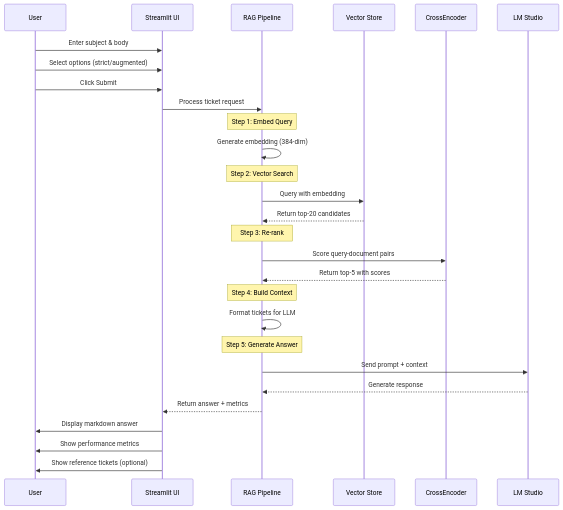
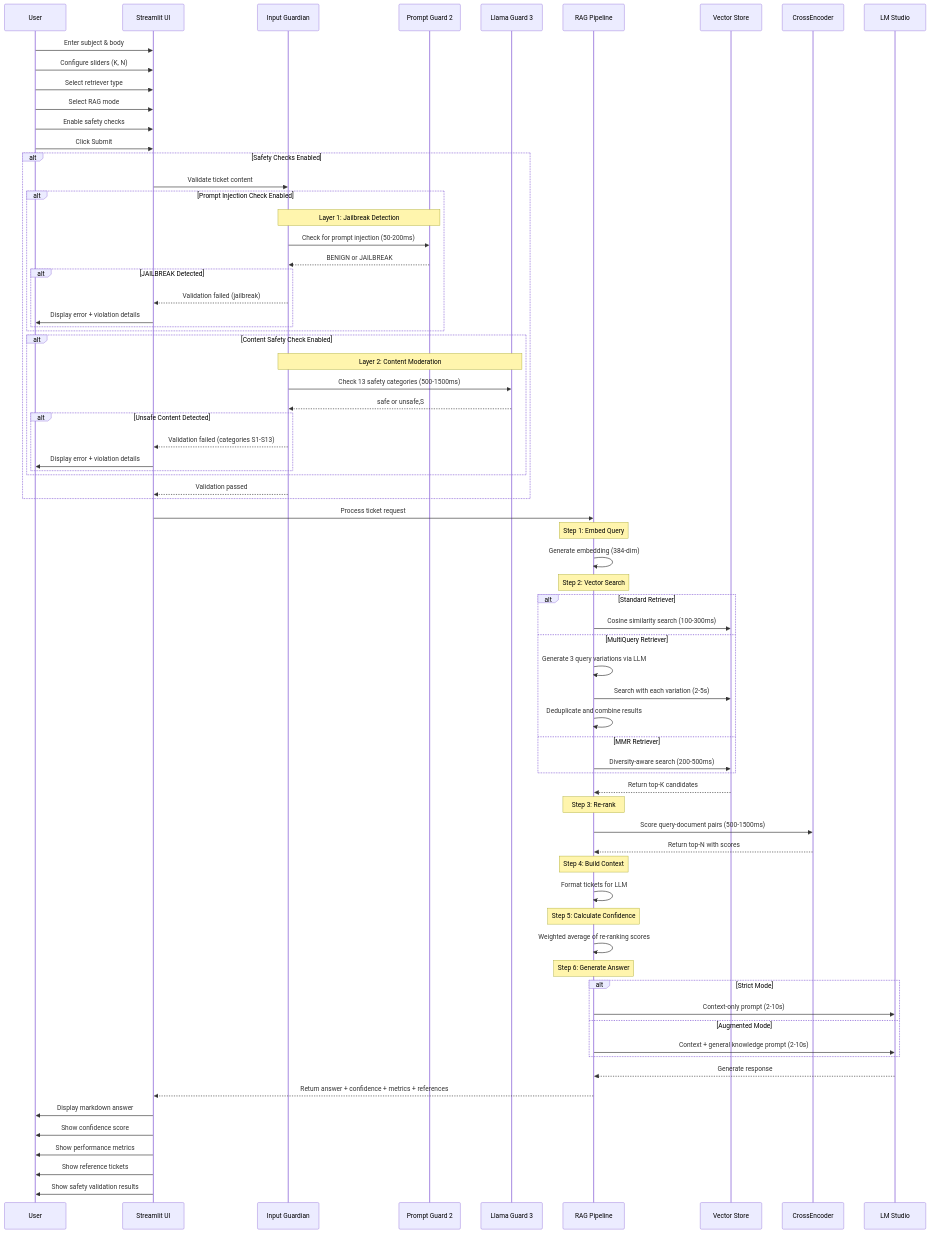
The second of 7 diagrams in Week07/ARCHITECTURE.md (tniccum21/LLM_Class), drawn with Mermaid before and after one commit. The commit also changed other lines of this file and 1 other file, not shown here.

First line of the commit message:
Fix Week07 Mermaid diagram syntax for v8.8.0 compatibility

````diff
--- a/Week07/ARCHITECTURE.md
+++ b/Week07/ARCHITECTURE.md
@@ -76,14 +117,48 @@
 sequenceDiagram
     participant User
     participant UI as Streamlit UI
+    participant Guardian as Input Guardian
+    participant PromptGuard as Prompt Guard 2
+    participant LlamaGuard as Llama Guard 3
     participant Pipeline as RAG Pipeline
     participant ChromaDB as Vector Store
     participant Reranker as CrossEncoder
     participant LLM as LM Studio
 
     User->>UI: Enter subject & body
-    User->>UI: Select options (strict/augmented)
+    User->>UI: Configure sliders (K, N)
+    User->>UI: Select retriever type
+    User->>UI: Select RAG mode
+    User->>UI: Enable safety checks
     User->>UI: Click Submit
+
+    alt Safety Checks Enabled
+        UI->>Guardian: Validate ticket content
+
+        alt Prompt Injection Check Enabled
+            Note over Guardian,PromptGuard: Layer 1: Jailbreak Detection
+            Guardian->>PromptGuard: Check for prompt injection (50-200ms)
+            PromptGuard-->>Guardian: BENIGN or JAILBREAK
+
+            alt JAILBREAK Detected
+                Guardian-->>UI: Validation failed (jailbreak)
+                UI->>User: Display error + violation details
+            end
+        end
+
+        alt Content Safety Check Enabled
+            Note over Guardian,LlamaGuard: Layer 2: Content Moderation
+            Guardian->>LlamaGuard: Check 13 safety categories (500-1500ms)
+            LlamaGuard-->>Guardian: safe or unsafe,S#,S#
+
+            alt Unsafe Content Detected
+                Guardian-->>UI: Validation failed (categories S1-S13)
+                UI->>User: Display error + violation details
+            end
+        end
+
+        Guardian-->>UI: Validation passed
+    end
 
     UI->>Pipeline: Process ticket request
 
@@ -91,23 +166,40 @@
     Pipeline->>Pipeline: Generate embedding (384-dim)
 
     Note over Pipeline: Step 2: Vector Search
-    Pipeline->>ChromaDB: Query with embedding
-    ChromaDB-->>Pipeline: Return top-20 candidates
+    alt Standard Retriever
+        Pipeline->>ChromaDB: Cosine similarity search (100-300ms)
+    else MultiQuery Retriever
+        Pipeline->>Pipeline: Generate 3 query variations via LLM
+        Pipeline->>ChromaDB: Search with each variation (2-5s)
+        Pipeline->>Pipeline: Deduplicate and combine results
+    else MMR Retriever
+        Pipeline->>ChromaDB: Diversity-aware search (200-500ms)
+    end
+    ChromaDB-->>Pipeline: Return top-K candidates
 
     Note over Pipeline: Step 3: Re-rank
-    Pipeline->>Reranker: Score query-document pairs
-    Reranker-->>Pipeline: Return top-5 with scores
+    Pipeline->>Reranker: Score query-document pairs (500-1500ms)
+    Reranker-->>Pipeline: Return top-N with scores
 
     Note over Pipeline: Step 4: Build Context
     Pipeline->>Pipeline: Format tickets for LLM
 
-    Note over Pipeline: Step 5: Generate Answer
-    Pipeline->>LLM: Send prompt + context
+    Note over Pipeline: Step 5: Calculate Confidence
+    Pipeline->>Pipeline: Weighted average of re-ranking scores
+
+    Note over Pipeline: Step 6: Generate Answer
+    alt Strict Mode
+        Pipeline->>LLM: Context-only prompt (2-10s)
+    else Augmented Mode
+        Pipeline->>LLM: Context + general knowledge prompt (2-10s)
+    end
     LLM-->>Pipeline: Generate response
 
-    Pipeline-->>UI: Return answer + metrics
+    Pipeline-->>UI: Return answer + confidence + metrics + references
 
     UI->>User: Display markdown answer
+    UI->>User: Show confidence score
     UI->>User: Show performance metrics
-    UI->>User: Show reference tickets (optional)
+    UI->>User: Show reference tickets
+    UI->>User: Show safety validation results
 ```
````
